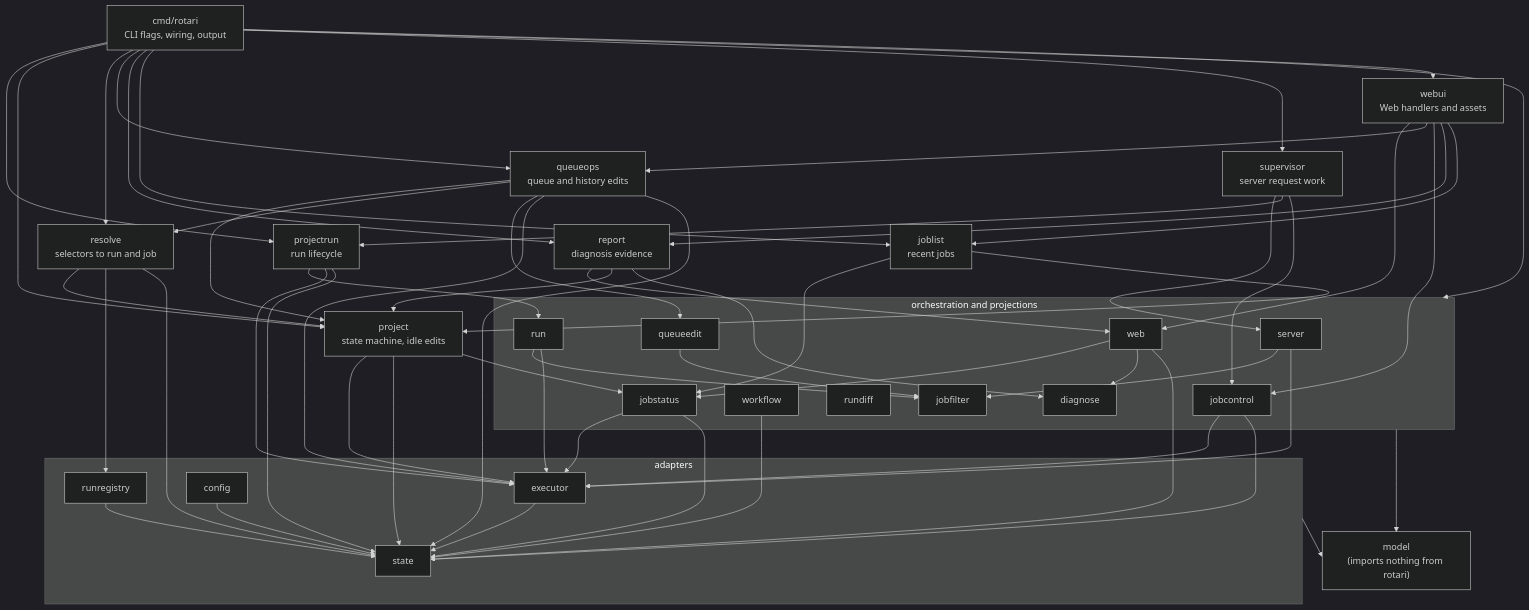
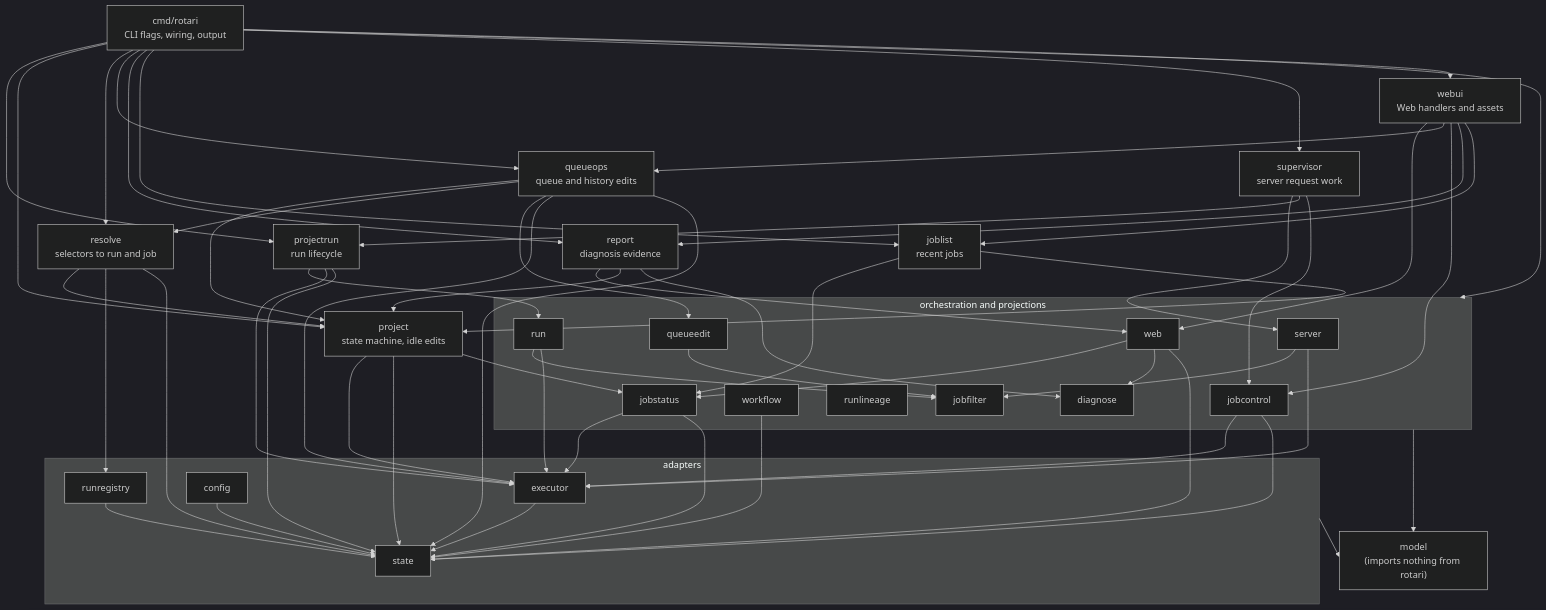
One commit to kamo-naoyuki/rotari changed the second of 2 diagrams in docs/ARCHITECTURE.md. Above: the diagram before and after it, drawn with Mermaid (dark theme). The commit also changed other lines of this file and 30 other files, not shown here.

```diff
--- a/docs/ARCHITECTURE.md
+++ b/docs/ARCHITECTURE.md
@@ -119,7 +119,7 @@
     jobstatus
     workflow
     queueedit
-    rundiff
+   runlineage
     diagnose
       jobfilter
   end
```
